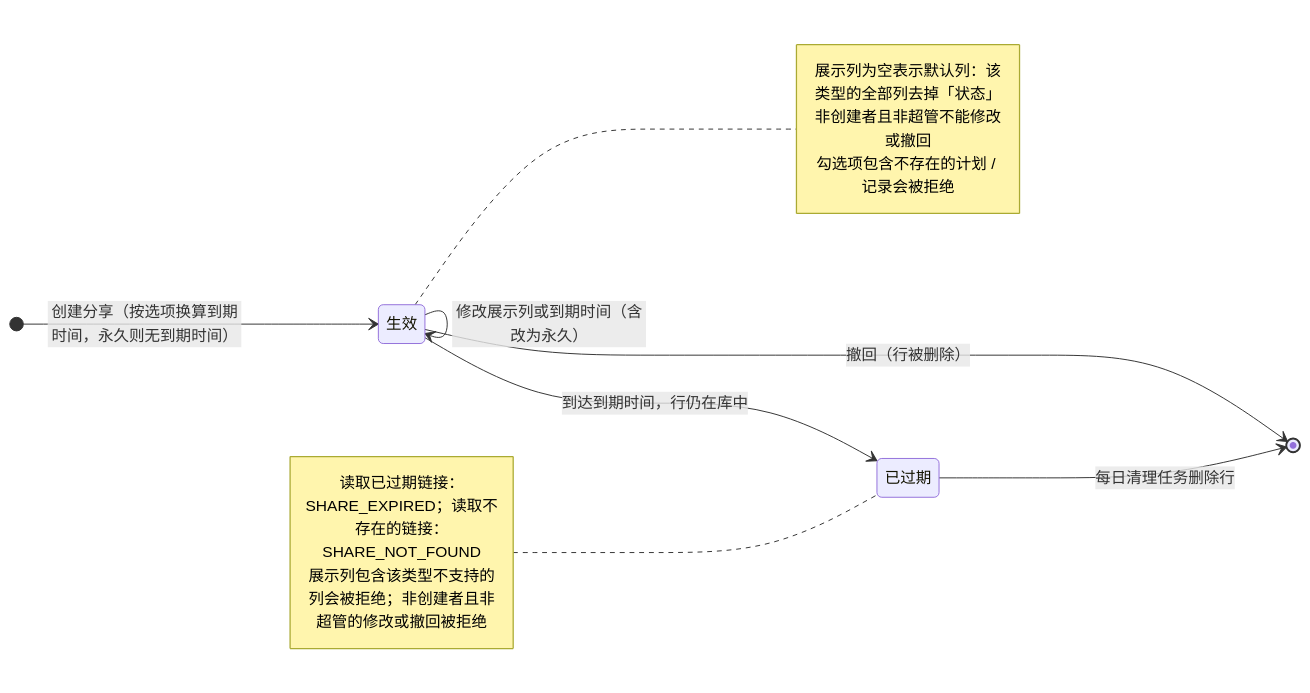
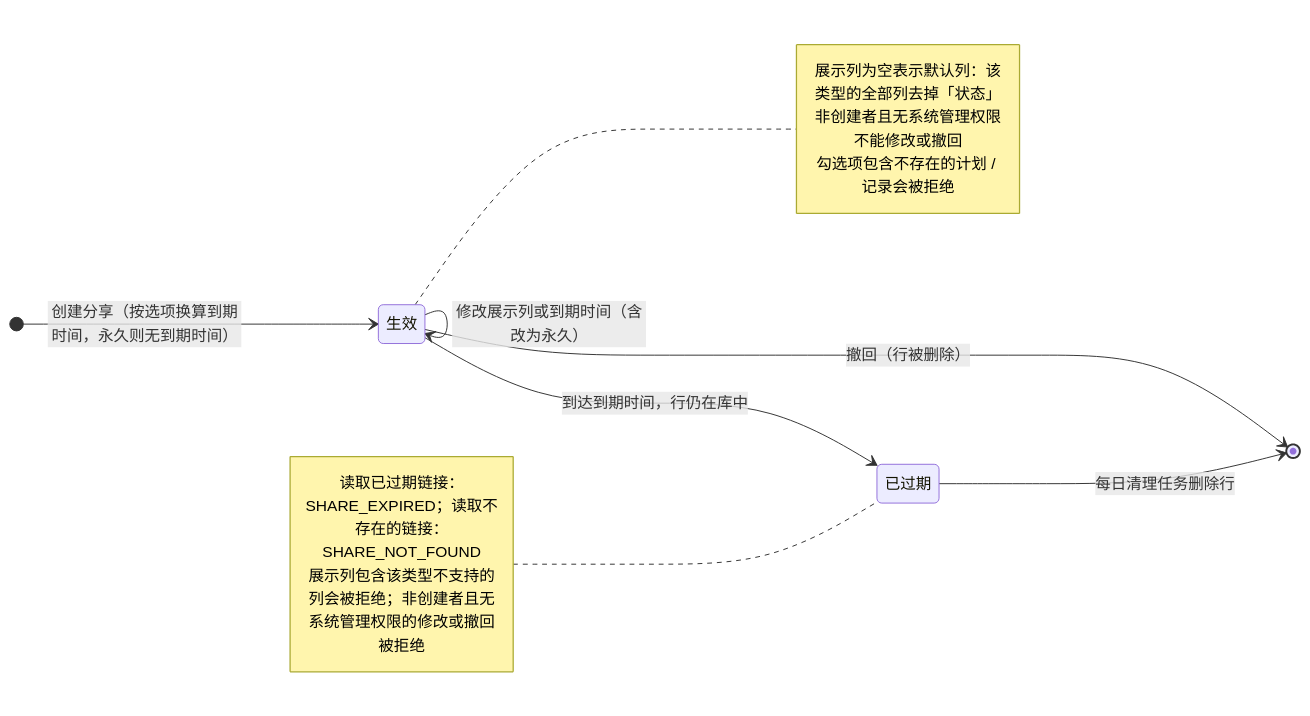
Before and after one commit to Sakana-1314/Electrical-Manager: diagram 24 of 24 in docs/websites/pages/dev-state-machines.md, drawn with Mermaid. The commit also changed other lines of this file and 74 other files, not shown here.

````diff
--- a/docs/websites/pages/dev-state-machines.md
+++ b/docs/websites/pages/dev-state-machines.md
@@ -457,18 +451,18 @@
 ```mermaid
 stateDiagram-v2
     direction LR
     [*] --> 生效 : 创建分享（按选项换算到期时间，永久则无到期时间）
     生效 --> 生效 : 修改展示列或到期时间（含改为永久）
     生效 --> 已过期 : 到达到期时间，行仍在库中
     生效 --> [*] : 撤回（行被删除）
     已过期 --> [*] : 每日清理任务删除行
     note right of 生效
         展示列为空表示默认列：该类型的全部列去掉「状态」
-        非创建者且非超管不能修改或撤回
+        非创建者且无系统管理权限不能修改或撤回
         勾选项包含不存在的计划 / 记录会被拒绝
     end note
     note left of 已过期
         读取已过期链接：SHARE_EXPIRED；读取不存在的链接：SHARE_NOT_FOUND
-        展示列包含该类型不支持的列会被拒绝；非创建者且非超管的修改或撤回被拒绝
+        展示列包含该类型不支持的列会被拒绝；非创建者且无系统管理权限的修改或撤回被拒绝
     end note
 ```
````
